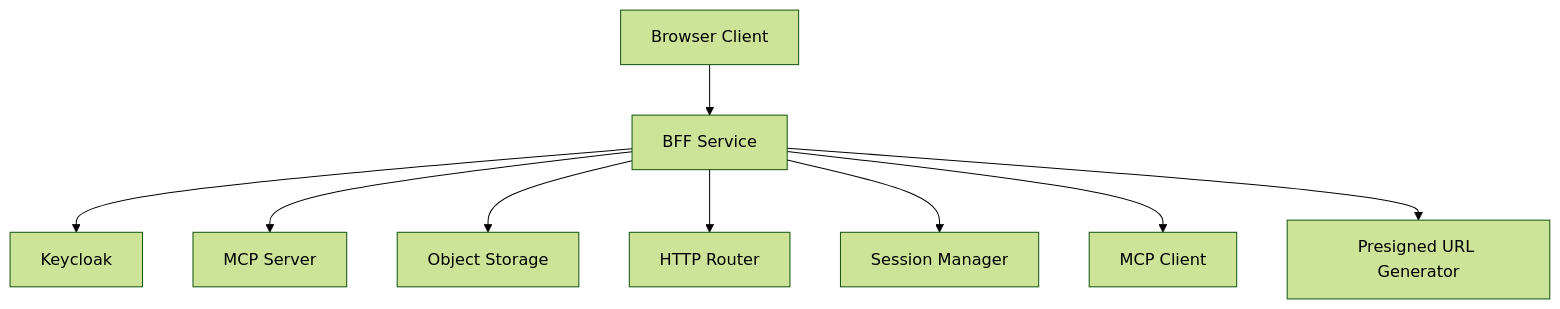
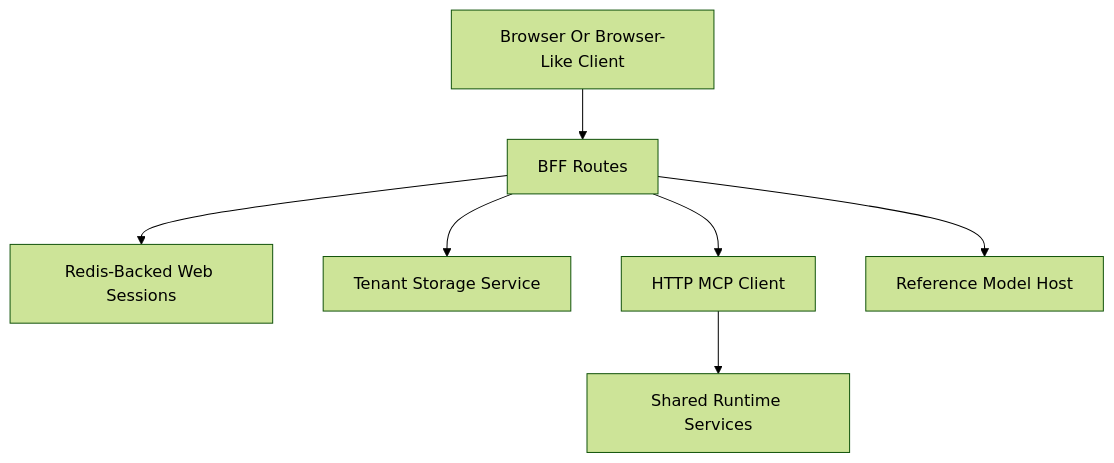
The diagram in documents/architecture/bff_architecture.md (Tuee22/studioMCP), drawn with Mermaid (forest theme) before and after one commit. The commit also changed other lines of this file and 76 other files, not shown here.

````diff
--- a/documents/architecture/bff_architecture.md
+++ b/documents/architecture/bff_architecture.md
@@ -27,11 +40,9 @@
 ```mermaid
 flowchart TB
-    Browser[Browser Client] --> BFFService[BFF Service]
-    BFFService --> Keycloak[Keycloak]
-    BFFService --> MCP[MCP Server]
-    BFFService --> Storage[Object Storage]
-    BFFService --> Router[HTTP Router]
-    BFFService --> SessionMgr[Session Manager]
-    BFFService --> McpClient[MCP Client]
-    BFFService --> Presigner[Presigned URL Generator]
+  Browser[Browser Or Browser-Like Client] --> BFF[BFF Routes]
+  BFF --> Sessions[Redis-Backed Web Sessions]
+  BFF --> Storage[Tenant Storage Service]
+  BFF --> MCP[HTTP MCP Client]
+  MCP --> Runtime[Shared Runtime Services]
+  BFF --> Inference[Reference Model Host]
 ```
````
